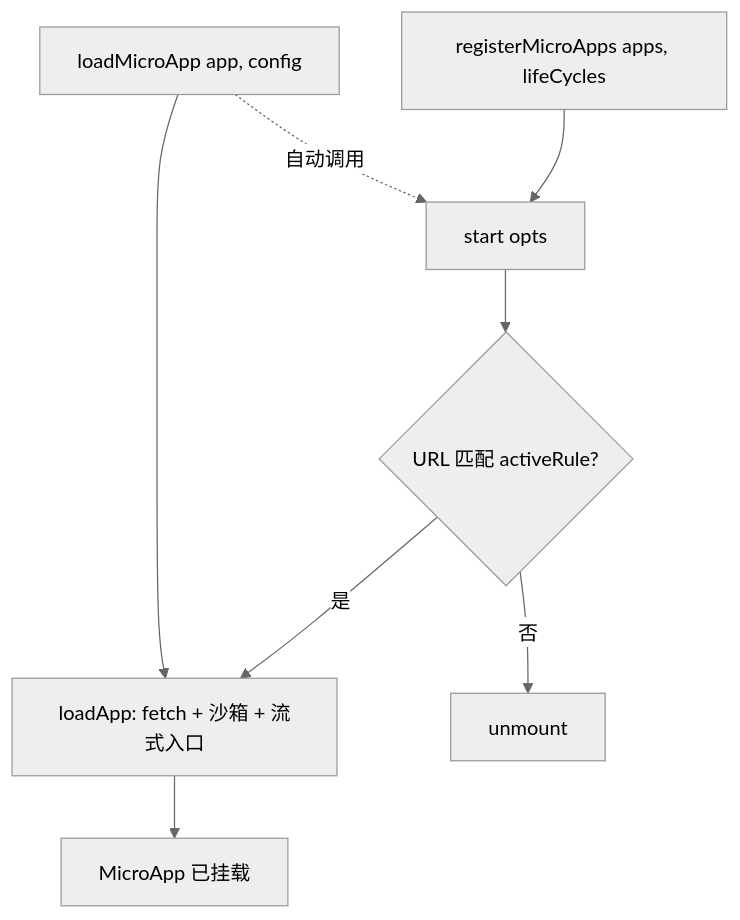
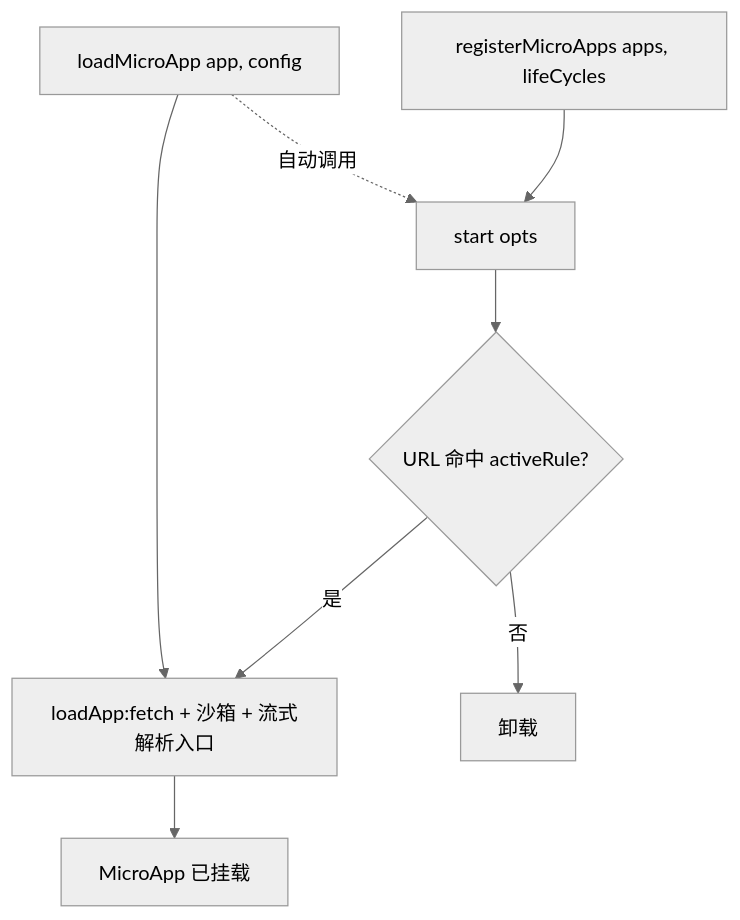
Before and after one commit to umijs/qiankun: the diagram in docs/zh-CN/api/index.md, drawn with Mermaid (neutral theme). The commit also changed other lines of this file and 63 other files, not shown here.

````diff
--- a/docs/zh-CN/api/index.md
+++ b/docs/zh-CN/api/index.md
@@ -143,10 +143,10 @@
 ```mermaid
 flowchart TD
   A[registerMicroApps apps, lifeCycles] --> B[start opts]
-  B --> C{URL 匹配 activeRule?}
-  C -- 是 --> D[loadApp: fetch + 沙箱 + 流式入口]
-  C -- 否 --> E[unmount]
+  B --> C{URL 命中 activeRule?}
+  C -- 是 --> D[loadApp:fetch + 沙箱 + 流式解析入口]
+  C -- 否 --> E[卸载]
   F[loadMicroApp app, config] -.自动调用.-> B
   F --> D
   D --> G[MicroApp 已挂载]
 ```
````
